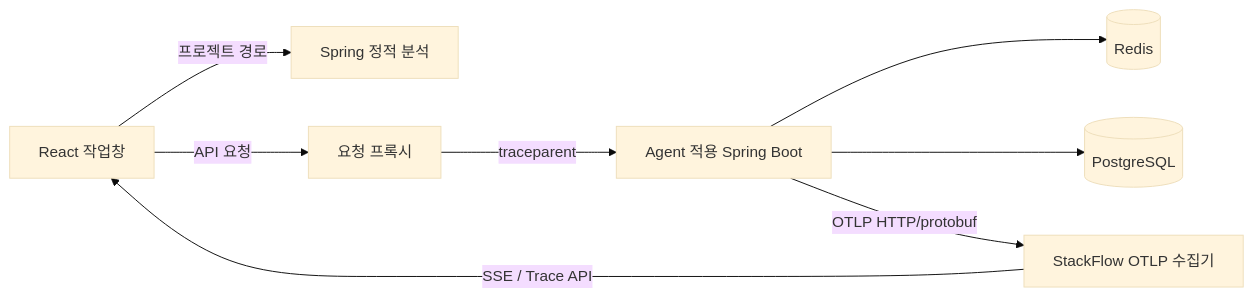
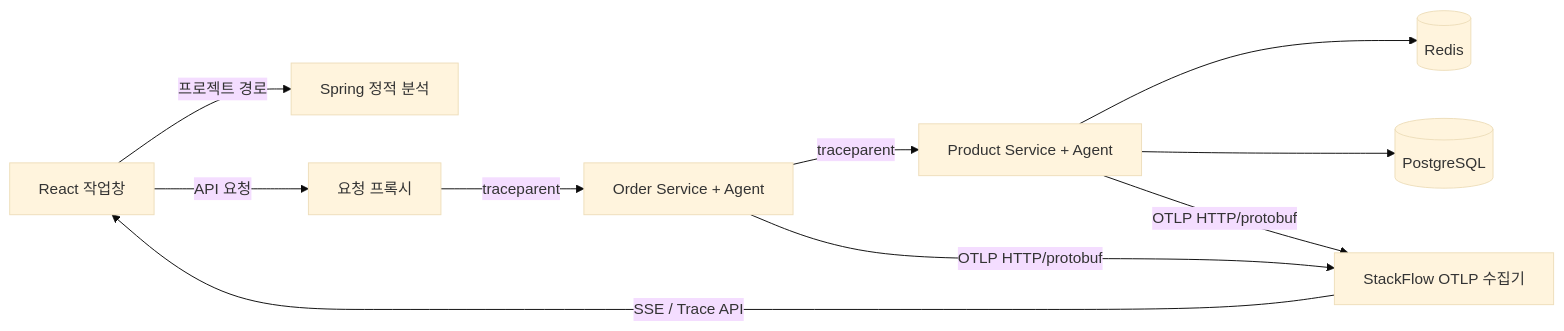
One commit to dlwldn30/stackflow changed the diagram in README.md. Above: the diagram before and after it, drawn with Mermaid (base theme). The commit also changed other lines of this file and 60 other files, not shown here.

Commit message:
feat: ✨ Order-Product 분산 Trace Lab 추가

````diff
--- a/README.md
+++ b/README.md
@@ -88,10 +90,12 @@
 ```mermaid
 flowchart LR
   UI[React 작업창] -->|프로젝트 경로| Analyzer[Spring 정적 분석]
   UI -->|API 요청| Proxy[요청 프록시]
-  Proxy -->|traceparent| App[Agent 적용 Spring Boot]
-  App --> Redis[(Redis)]
-  App --> PostgreSQL[(PostgreSQL)]
-  App -->|OTLP HTTP/protobuf| Collector[StackFlow OTLP 수집기]
+  Proxy -->|traceparent| Order[Order Service + Agent]
+  Order -->|traceparent| Product[Product Service + Agent]
+  Product --> Redis[(Redis)]
+  Product --> PostgreSQL[(PostgreSQL)]
+  Order -->|OTLP HTTP/protobuf| Collector[StackFlow OTLP 수집기]
+  Product -->|OTLP HTTP/protobuf| Collector
   Collector -->|SSE / Trace API| UI
 ```
````
